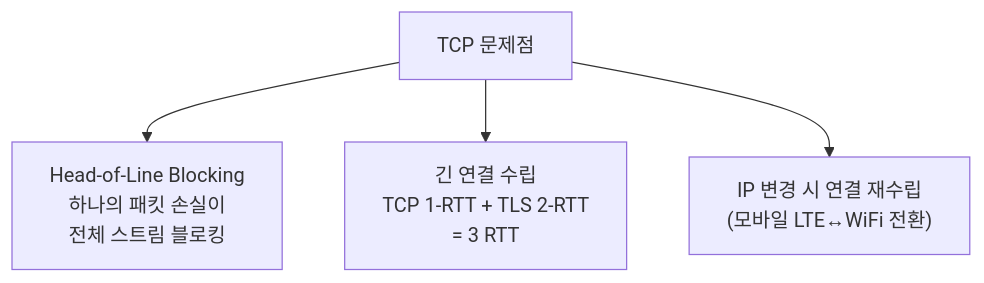
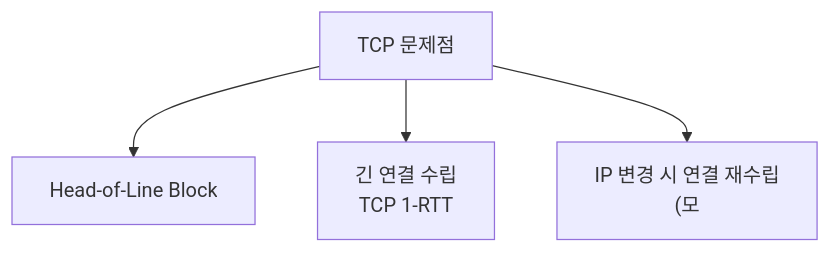
Before and after one commit to yjkim2015/yjkim2015.github.io: the fifth of 6 diagrams in _posts/network/2026-05-03-tcp-udp-deep.md, drawn with Mermaid. The commit also changed other lines of this file and 271 other files, not shown here.

First line of the commit message:
Mermaid 라벨 축소: 긴 노드 텍스트 18자 이하로 트림 + \n 제거

````diff
--- a/_posts/network/2026-05-03-tcp-udp-deep.md
+++ b/_posts/network/2026-05-03-tcp-udp-deep.md
@@ -367,10 +367,10 @@
 ```mermaid
 graph TD
     A["TCP 문제점"]
-    B["Head-of-Line Blocking\n하나의 패킷 손실이\n전체 스트림 블로킹"]
-    C["긴 연결 수립\nTCP 1-RTT + TLS 2-RTT\n= 3 RTT"]
-    D["IP 변경 시 연결 재수립\n(모바일 LTE↔WiFi 전환)"]
+    B["Head-of-Line Block"]
+    C["긴 연결 수립\nTCP 1-RTT"]
+    D["IP 변경 시 연결 재수립\n(모"]
     A --> B
     A --> C
     A --> D
 ```
````
